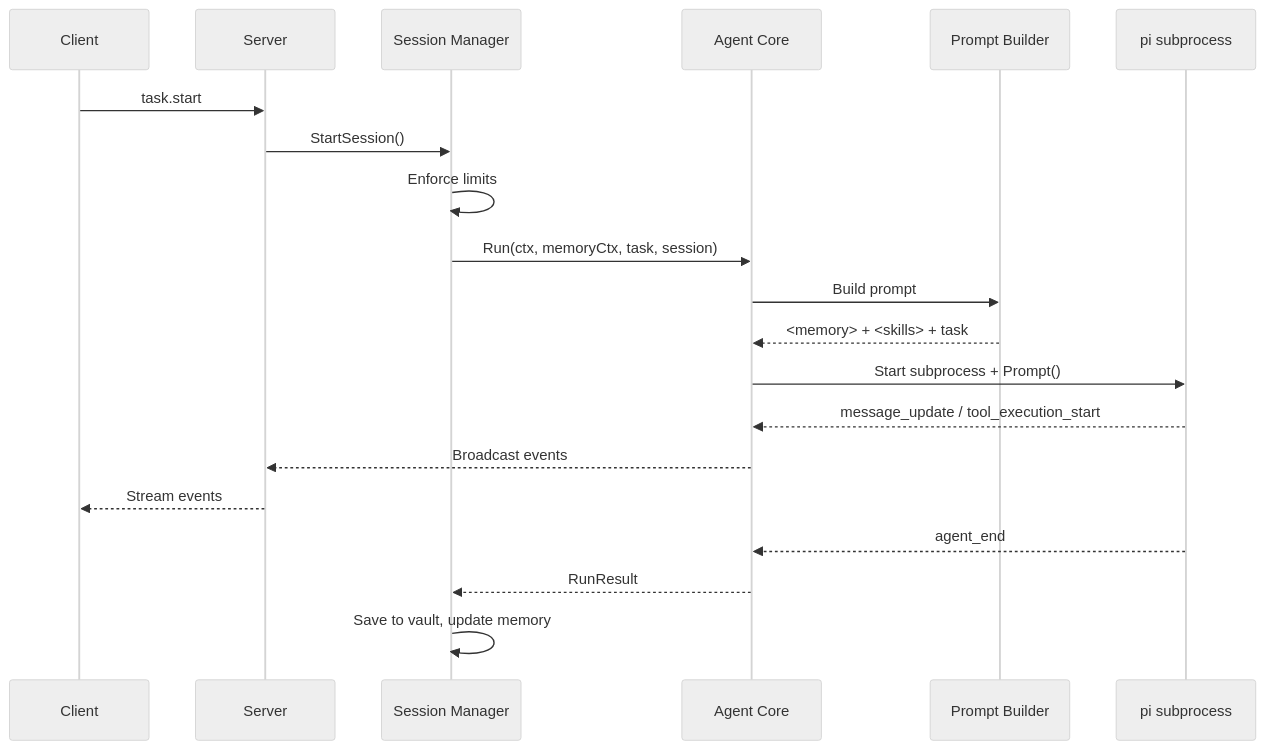
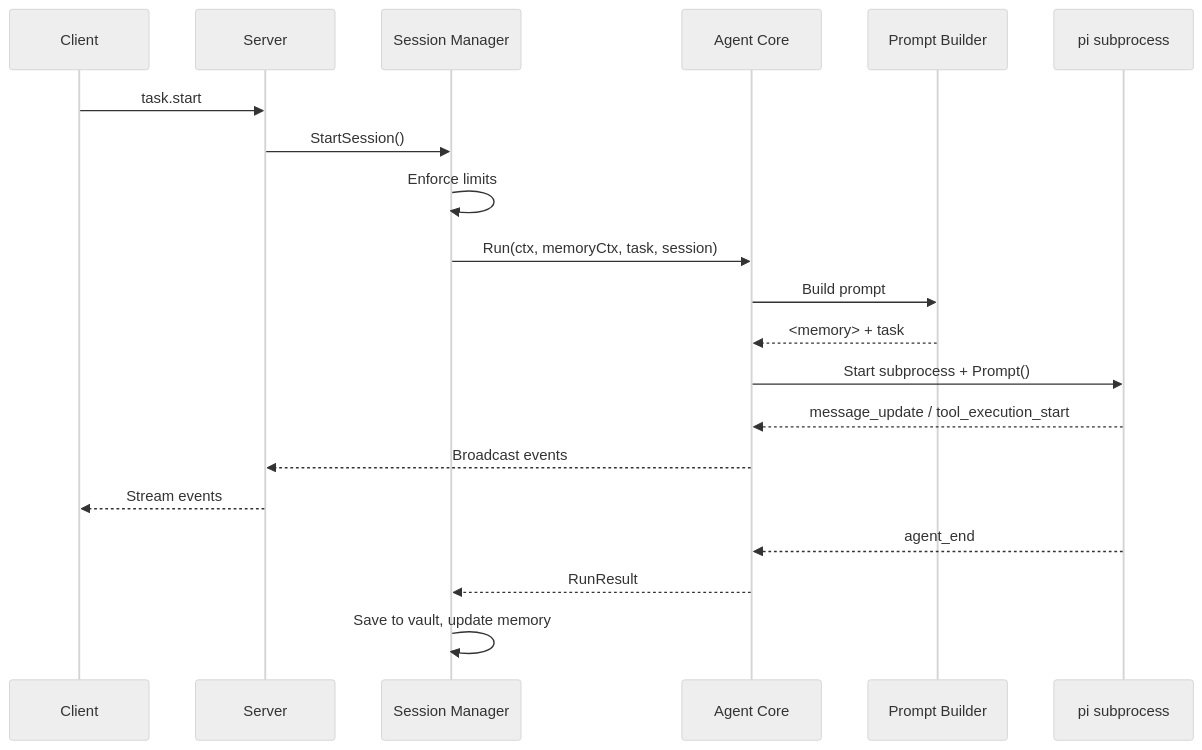
One commit to MarcoMruz/agentloop-docs changed the diagram in src/content/docs/architecture/agent-core.mdx. Above: the diagram before and after it, drawn with Mermaid (neutral theme). The commit also changed other lines of this file and 4 other files, not shown here.

````diff
--- a/src/content/docs/architecture/agent-core.mdx
+++ b/src/content/docs/architecture/agent-core.mdx
@@ -16,23 +16,23 @@
 ```mermaid
 sequenceDiagram
     participant C as Client
     participant S as Server
     participant SM as Session Manager
     participant AC as Agent Core
     participant PB as Prompt Builder
     participant Pi as pi subprocess
 
     C->>S: task.start
     S->>SM: StartSession()
     SM->>SM: Enforce limits
     SM->>AC: Run(ctx, memoryCtx, task, session)
     AC->>PB: Build prompt
-    PB-->>AC: <memory> + <skills> + task
+    PB-->>AC: <memory> + task
     AC->>Pi: Start subprocess + Prompt()
     Pi-->>AC: message_update / tool_execution_start
     AC-->>S: Broadcast events
     S-->>C: Stream events
     Pi-->>AC: agent_end
     AC-->>SM: RunResult
     SM->>SM: Save to vault, update memory
 ```
````
